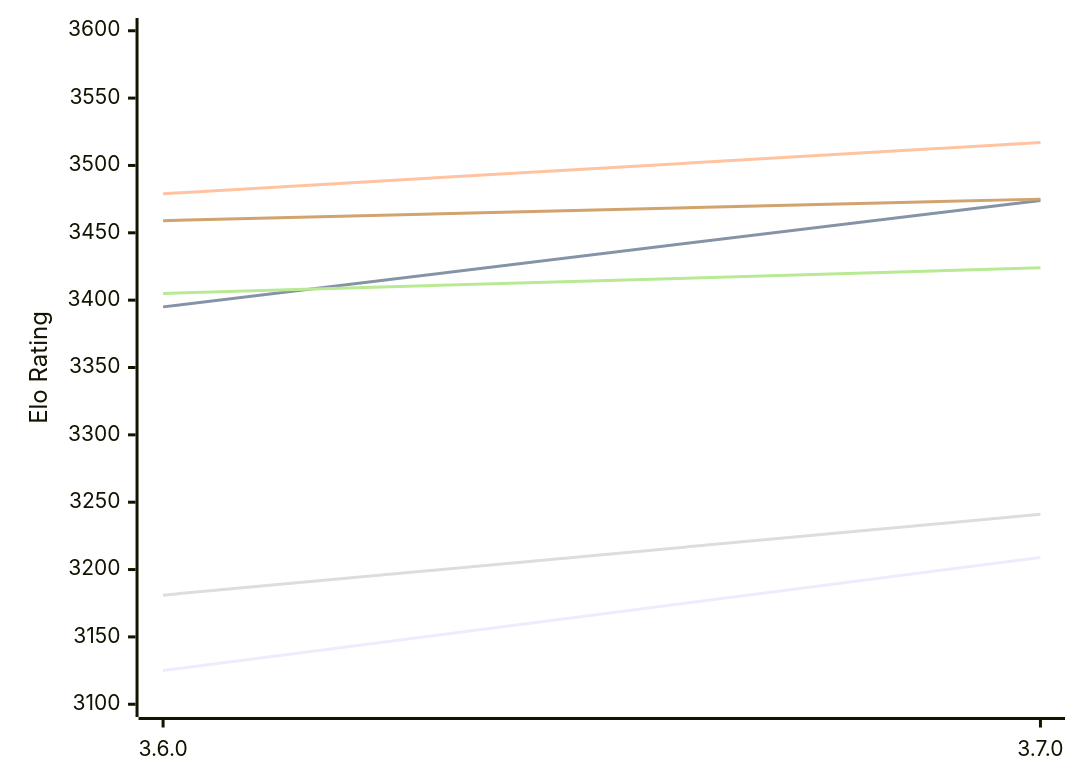
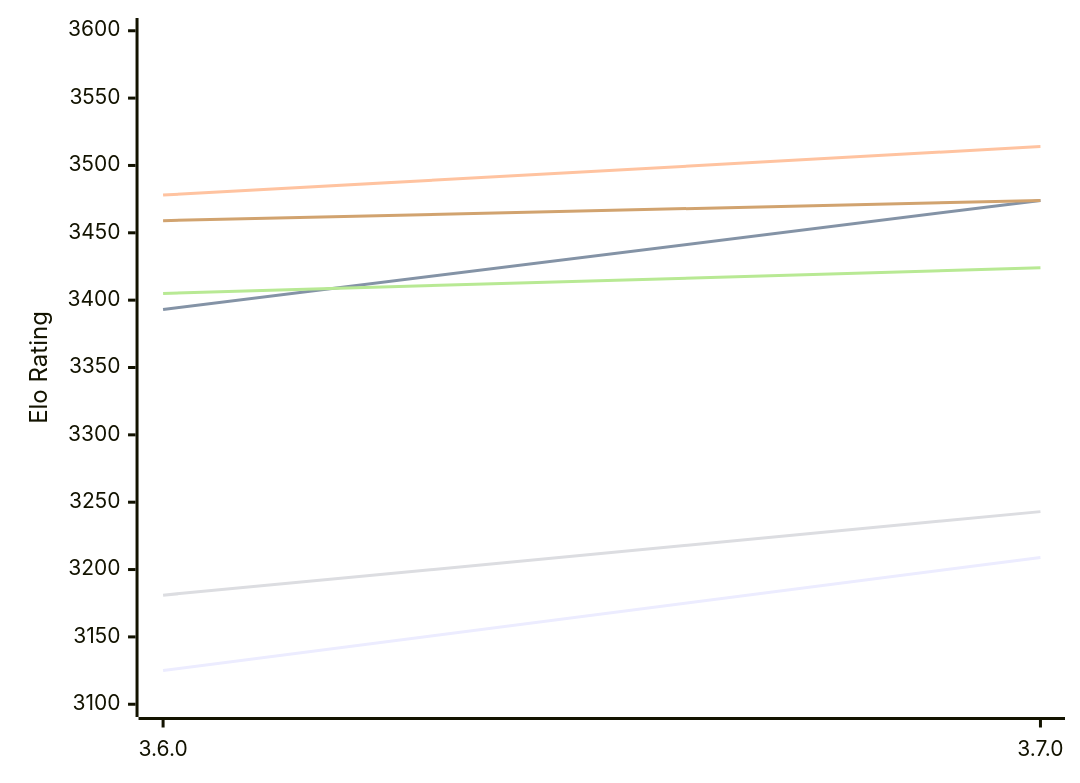
One commit to computer-chess-index/cci changed the diagram in engines/Simplechess.md. Above: the diagram before and after it, drawn with Mermaid. The commit also changed other lines of this file, not shown here.

Commit message:
Update CCI Ratings (ELO VLTC) - 2026-11-27

````diff
--- a/engines/Simplechess.md
+++ b/engines/Simplechess.md
@@ -49,12 +49,12 @@
 ```mermaid
 %%{init: {"theme":"base","themeVariables":{"seriesColors:['#a3a3a3','#222221','#faa371']}}}%%
 xychart-beta
   x-axis ["3.6.0", "3.7.0"]
   y-axis "Elo Rating" 3100 --> 3600
   line "E1: STC (8.0+0.08s)" [3125, 3209]
-  line "E1: LTC (60.0+0.60s)" [3395, 3474]
-  line "E1: VLTC (2m24s+1.12s)" [3479, 3517]
-  line "P1: STC (8.0+0.08s)" [3181, 3241]
+  line "E1: LTC (60.0+0.60s)" [3393, 3474]
+  line "E1: VLTC (2m24s+1.12s)" [3478, 3514]
+  line "P1: STC (8.0+0.08s)" [3181, 3243]
   line "P1: LTC (60.0+0.60s)" [3405, 3424]
-  line "P1: VLTC (2m24s+1.12s)" [3459, 3475]
+  line "P1: VLTC (2m24s+1.12s)" [3459, 3474]
 ```
````
